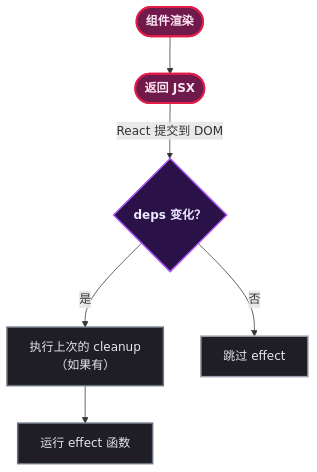
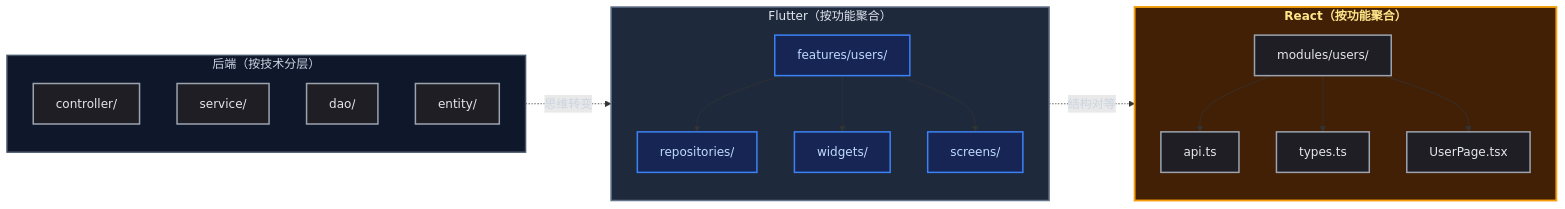
The fourth of 4 diagrams in content/posts/frontend/JavaTsComparison.md (yaocat55/yaocat55.github.io), drawn with Mermaid before and after one commit. The commit also changed other lines of this file, not shown here.

Commit message:
refactor: 按新大纲重写 Java/Go→React 对比博客，新增 2.4/2.5/2.6 和 3.3/3.4/3.5，删除 CrudTable，精简对照表

````diff
--- a/content/posts/frontend/JavaTsComparison.md
+++ b/content/posts/frontend/JavaTsComparison.md
@@ -856,24 +833,42 @@
 ```mermaid
-flowchart TD
-    RENDER(["组件渲染"])
-    CHECK{"deps 变化？"}
-    RUN["运行 effect 函数"]
-    CLEANUP["执行上次的 cleanup\n（如果有）"]
-    RETURN(["返回 JSX"])
+flowchart LR
+    subgraph BACKEND["后端（按技术分层）"]
+        C["controller/"]
+        S["service/"]
+        D["dao/"]
+        E["entity/"]
+    end
+    subgraph FLUTTER["Flutter（按功能聚合）"]
+        FM["features/users/"]
+        FR["  repositories/"]
+        FW["  widgets/"]
+        FS["  screens/"]
+        FM --> FR
+        FM --> FW
+        FM --> FS
+    end
+    subgraph REACT["React（按功能聚合）"]
+        RM["modules/users/"]
+        RA["  api.ts"]
+        RT["  types.ts"]
+        RP["  UserPage.tsx"]
+        RM --> RA
+        RM --> RT
+        RM --> RP
+    end
 
-    RENDER --> RETURN
-    RETURN -->|"React 提交到 DOM"| CHECK
-    CHECK -->|"是"| CLEANUP
-    CLEANUP --> RUN
-    CHECK -->|"否"| SKIP["跳过 effect"]
+    BACKEND -.->|"思维转变"| FLUTTER -.->|"结构对等"| REACT
 
-    classDef startEnd fill:#701a4c,stroke:#e11d48,stroke-width:2.5px,color:#fce7f3,font-weight:bold;
-    classDef condition fill:#2a1147,stroke:#a855f7,stroke-width:2px,color:#ede9fe,font-weight:bold;
-    classDef process fill:#1e1e24,stroke:#6b7280,stroke-width:2px,color:#e5e7eb;
+    classDef root fill:#0f172a,stroke:#475569,stroke-width:2px,color:#cbd5e1;
+    classDef branch fill:#1e293b,stroke:#64748b,stroke-width:2px,color:#e2e8f0;
     classDef leaf fill:#1e1e24,stroke:#9ca3af,stroke-width:2px,color:#e5e7eb;
+    classDef data fill:#172554,stroke:#3b82f6,stroke-width:2px,color:#bfdbfe;
+    classDef highlight fill:#422006,stroke:#f59e0b,stroke-width:2.5px,color:#fde68a,font-weight:bold;
 
-    class RENDER,RETURN startEnd;
-    class CHECK condition;
-    class RUN,CLEANUP process;
-    class SKIP leaf;
+    class BACKEND root;
+    class C,S,D,E leaf;
+    class FLUTTER branch;
+    class FM,FR,FW,FS data;
+    class REACT highlight;
+    class RM,RA,RT,RP leaf;
 ```
````
